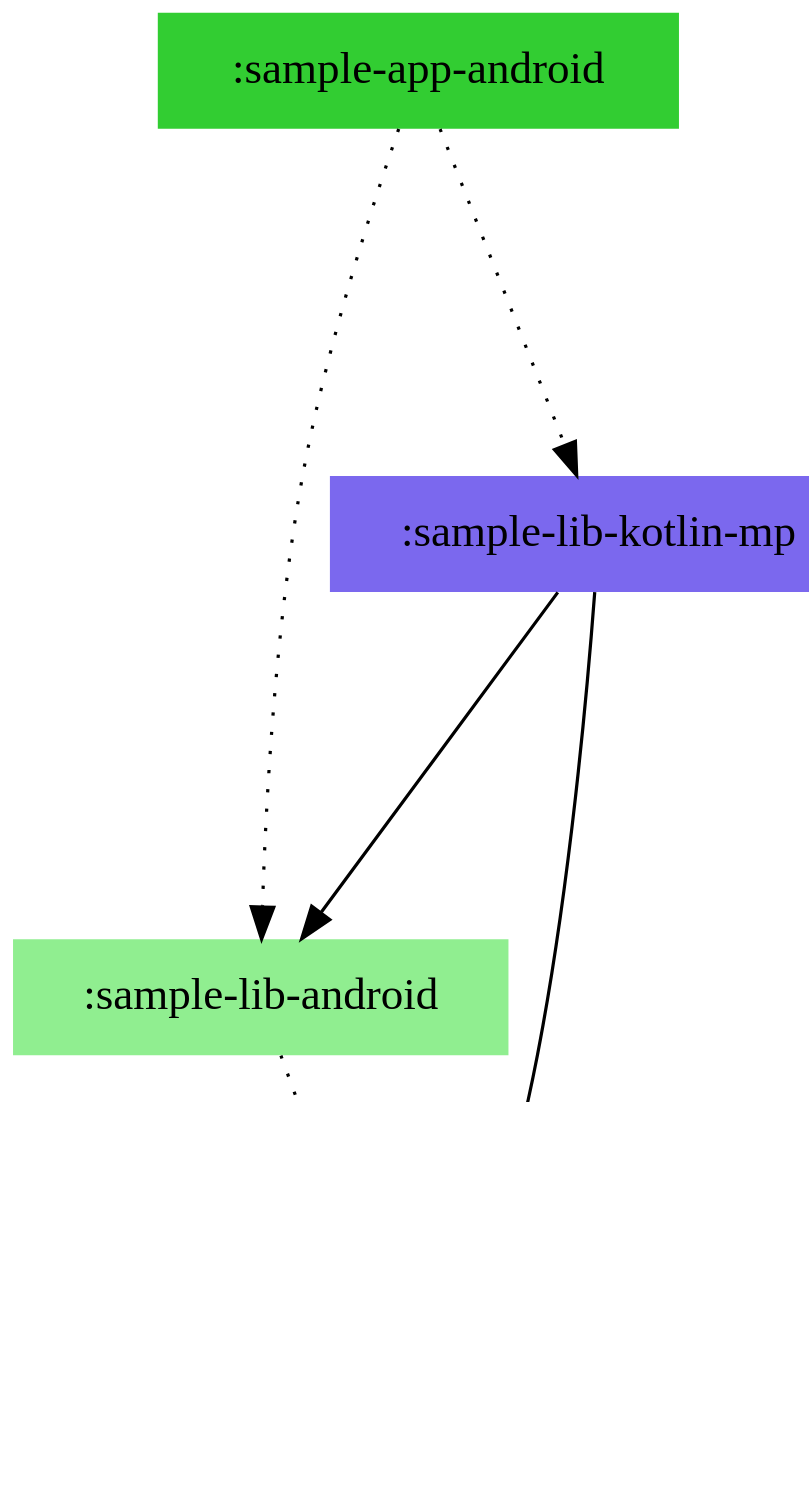
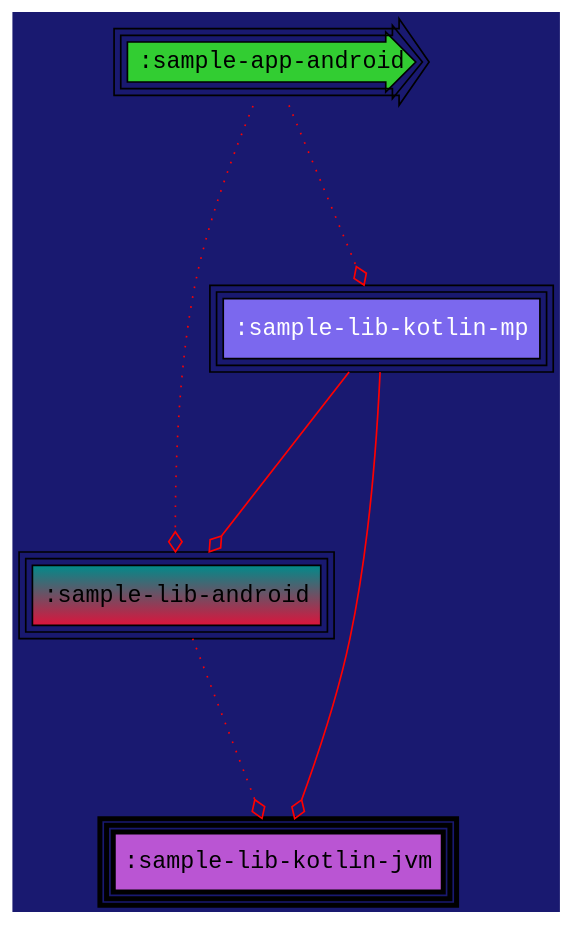
Before and after one commit to jonapoul/atlas: the diagram in samples/sample-graphviz/sample-lib-kotlin-jvm/modular/chart.dot, drawn with Graphviz. The commit also changed 52 other files, not shown here.

Commit message:
Add better graphviz attributes  (#262)

```diff
--- a/samples/sample-graphviz/sample-lib-kotlin-jvm/modular/chart.dot
+++ b/samples/sample-graphviz/sample-lib-kotlin-jvm/modular/chart.dot
@@ -1,14 +1,14 @@
 digraph {
-  edge [arrowhead="normal",arrowtail="none"]
-  graph [bgcolor="transparent",dpi="100",fontsize="30",layout="dot",ranksep="1.5",rankdir="TB"]
-  node [style="filled"]
-  ":sample-app-android" [shape="none",fillcolor="limegreen"]
-  ":sample-lib-android" [shape="none",fillcolor="lightgreen"]
-  ":sample-lib-kotlin-jvm" [shape="box",penwidth="3",fillcolor="mediumorchid"]
-  ":sample-lib-kotlin-mp" [shape="none",fillcolor="mediumslateblue"]
+  edge [arrowhead="ediamond",arrowtail="none",color="red",labelfloat="true",fontcolor="lime"]
+  graph [layout="dot",bgcolor="MidnightBlue",fontsize="30",rankdir="TB",ranksep="1.5"]
+  node [fontname="Courier New",peripheries="3",style="filled",shape="box"]
+  ":sample-app-android" [shape="rarrow",style="radial",fillcolor="limegreen"]
+  ":sample-lib-android" [gradientangle="90",fillcolor="crimson:cyan4"]
+  ":sample-lib-kotlin-jvm" [penwidth="3",fillcolor="mediumorchid"]
+  ":sample-lib-kotlin-mp" [fontcolor="white",fillcolor="mediumslateblue"]
   ":sample-app-android" -> ":sample-lib-android" [style="dotted"]
   ":sample-app-android" -> ":sample-lib-kotlin-mp" [style="dotted"]
   ":sample-lib-android" -> ":sample-lib-kotlin-jvm" [style="dotted"]
   ":sample-lib-kotlin-mp" -> ":sample-lib-android" [style="solid"]
   ":sample-lib-kotlin-mp" -> ":sample-lib-kotlin-jvm" [style="solid"]
 }
```
